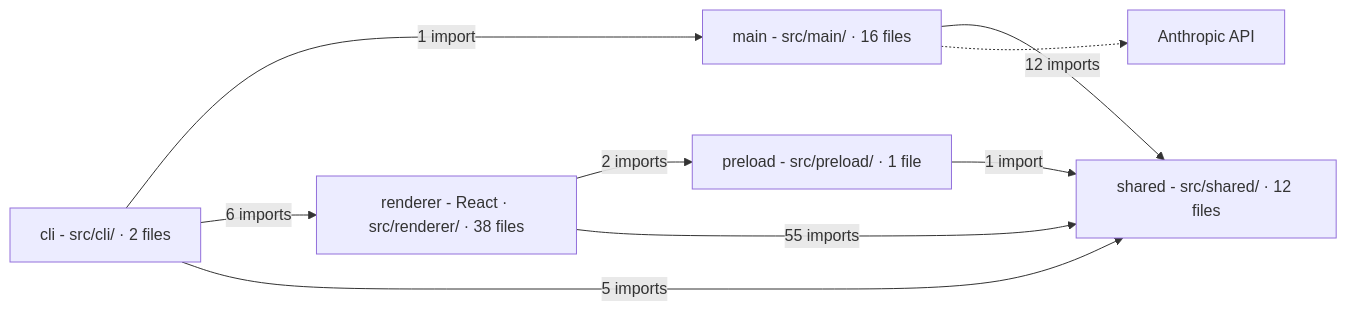
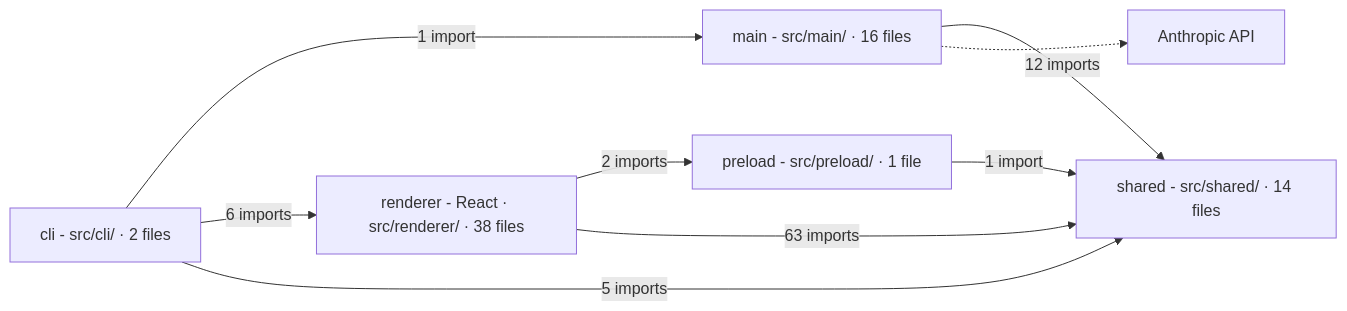
One commit to Sarthak-47/crtgrphr changed the diagram in docs/architecture.md. Above: the diagram before and after it, drawn with Mermaid. The commit also changed 15 other files, not shown here.

````diff
--- a/docs/architecture.md
+++ b/docs/architecture.md
@@ -3,20 +3,20 @@
 ```mermaid
 flowchart LR
   dir_src_cli["cli - src/cli/ · 2 files"]
   dir_src_main["main - src/main/ · 16 files"]
   dir_src_preload["preload - src/preload/ · 1 file"]
   dir_src_renderer["renderer - React · src/renderer/ · 38 files"]
-  dir_src_shared["shared - src/shared/ · 12 files"]
+  dir_src_shared["shared - src/shared/ · 14 files"]
   anthropic_api["Anthropic API"]
   dir_src_cli -->|"1 import"| dir_src_main
   dir_src_cli -->|"6 imports"| dir_src_renderer
   dir_src_cli -->|"5 imports"| dir_src_shared
   dir_src_main -->|"12 imports"| dir_src_shared
   dir_src_preload -->|"1 import"| dir_src_shared
   dir_src_renderer -->|"2 imports"| dir_src_preload
-  dir_src_renderer -->|"55 imports"| dir_src_shared
+  dir_src_renderer -->|"63 imports"| dir_src_shared
   dir_src_main -.-> anthropic_api
   class dir_src_cli,dir_src_main,dir_src_preload,dir_src_shared backend
   class dir_src_renderer frontend
   class anthropic_api service
 ```
````
